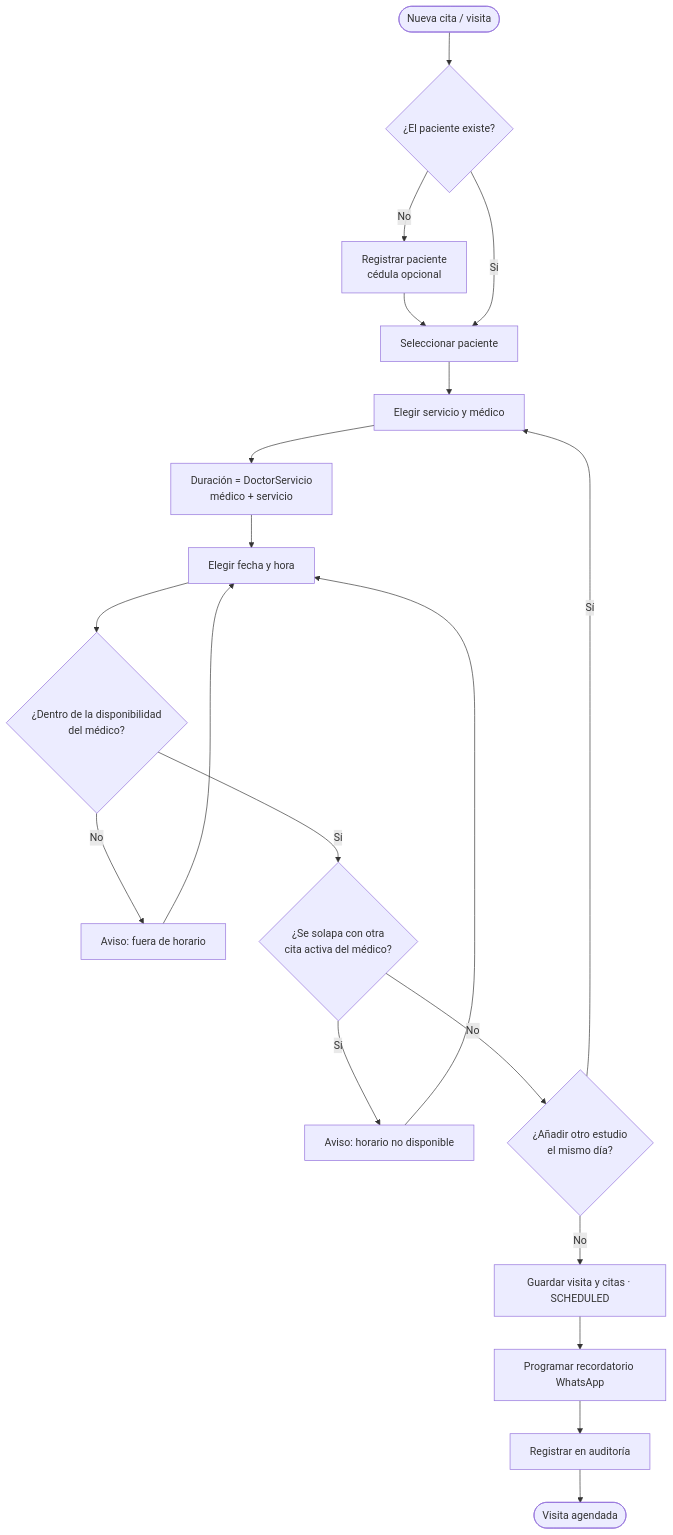
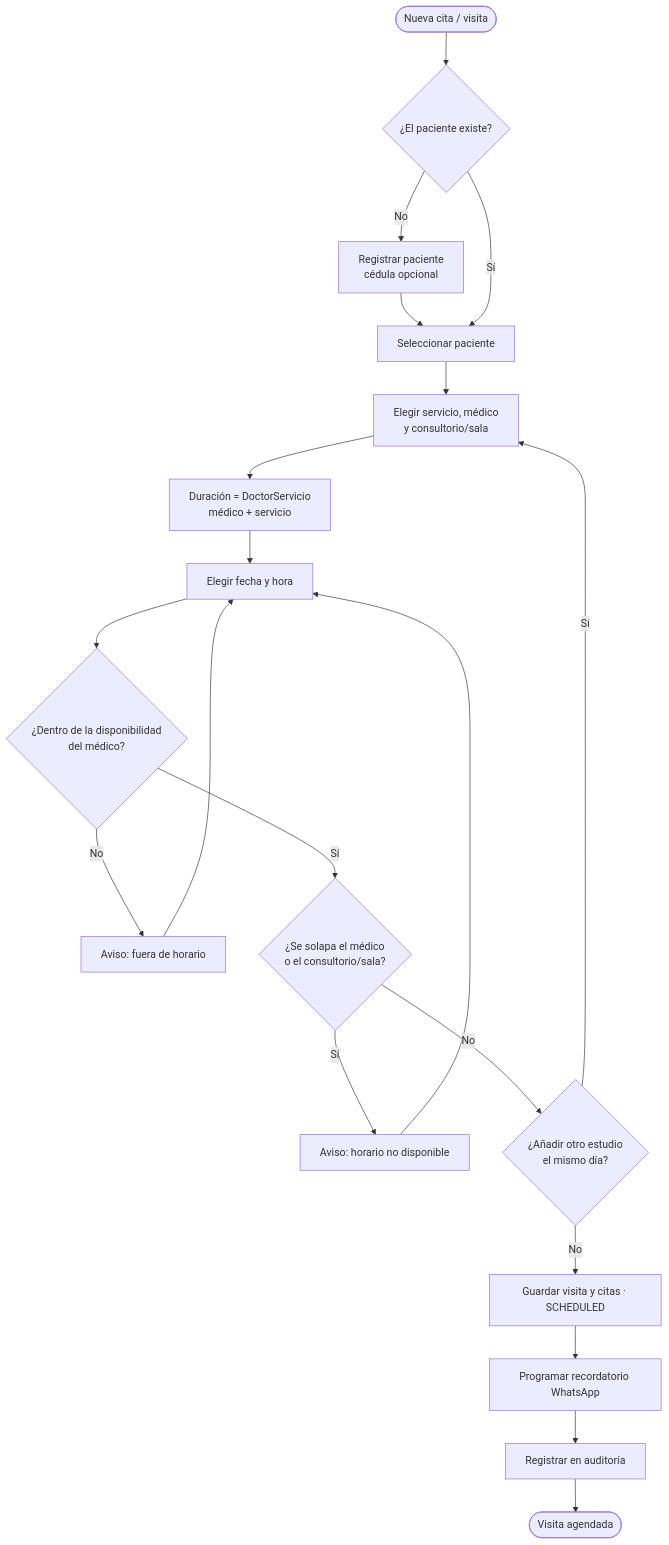
The second of 2 diagrams in docs/FLUJO-USUARIO.md (DhanaCorredor/diagnostico-backend), drawn with Mermaid before and after one commit. The commit also changed other lines of this file and 6 other files, not shown here.

````diff
--- a/docs/FLUJO-USUARIO.md
+++ b/docs/FLUJO-USUARIO.md
@@ -40,22 +41,22 @@
 ```mermaid
 flowchart TD
     S([Nueva cita / visita]) --> P{¿El paciente existe?}
     P -- No --> P1[Registrar paciente<br/>cédula opcional]
     P1 --> Q
     P -- Sí --> Q[Seleccionar paciente]
-    Q --> R[Elegir servicio y médico]
+    Q --> R[Elegir servicio, médico<br/>y consultorio/sala]
     R --> R1[Duración = DoctorServicio<br/>médico + servicio]
     R1 --> T[Elegir fecha y hora]
     T --> U{¿Dentro de la disponibilidad<br/>del médico?}
     U -- No --> V[Aviso: fuera de horario]
     V --> T
-    U -- Sí --> W{¿Se solapa con otra<br/>cita activa del médico?}
+    U -- Sí --> W{¿Se solapa el médico<br/>o el consultorio/sala?}
     W -- Sí --> X[Aviso: horario no disponible]
     X --> T
     W -- No --> M{¿Añadir otro estudio<br/>el mismo día?}
     M -- Sí --> R
     M -- No --> Y[Guardar visita y citas · SCHEDULED]
     Y --> Y1[Programar recordatorio WhatsApp]
     Y1 --> Y2[Registrar en auditoría]
     Y2 --> Z([Visita agendada])
 ```
````
